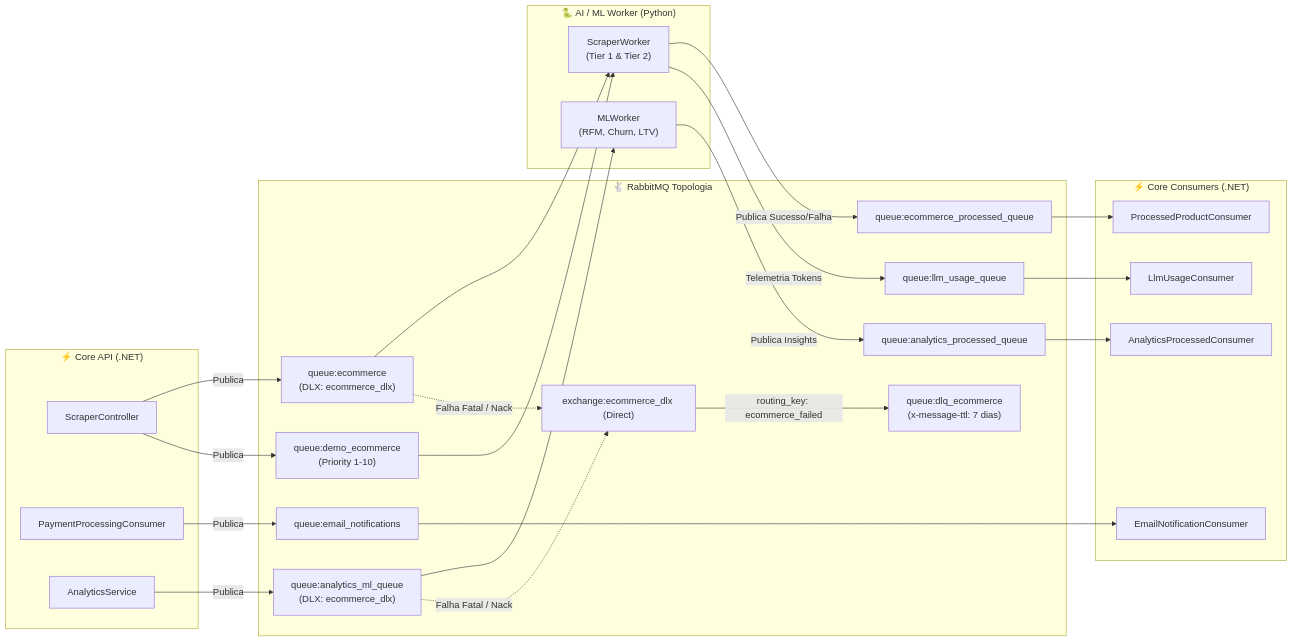
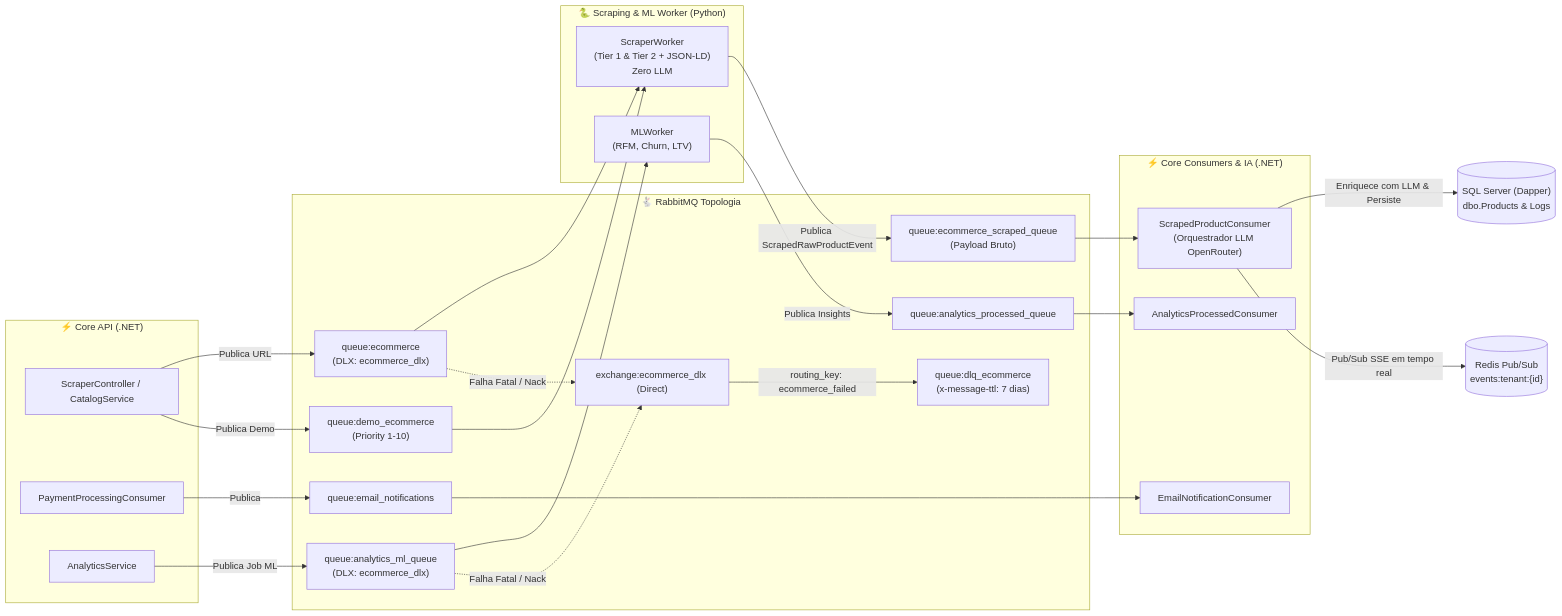
The first of 2 diagrams in docs/messaging-and-workers.md (gregrymqt/ecomerce-bot), drawn with Mermaid before and after one commit. The commit also changed other lines of this file and 45 other files, not shown here.

Commit message:
Refactor: Add Logic from python to C# about the use of api LLM

````diff
--- a/docs/messaging-and-workers.md
+++ b/docs/messaging-and-workers.md
@@ -13,56 +13,53 @@
 ```mermaid
 flowchart LR
     subgraph CoreProducers ["⚡ Core API (.NET)"]
-        ScraperCtrl["ScraperController"]
+        ScraperCtrl["ScraperController / CatalogService"]
         PaymentConsumer["PaymentProcessingConsumer"]
         AnalyticsTrigger["AnalyticsService"]
     end
 
     subgraph RabbitMQBroker ["🐇 RabbitMQ Topologia"]
         Q_ECOMMERCE["queue:ecommerce<br/>(DLX: ecommerce_dlx)"]
         Q_DEMO["queue:demo_ecommerce<br/>(Priority 1-10)"]
+        Q_SCRAPED["queue:ecommerce_scraped_queue<br/>(Payload Bruto)"]
         Q_ML["queue:analytics_ml_queue<br/>(DLX: ecommerce_dlx)"]
-        
-        Q_PROCESSED["queue:ecommerce_processed_queue"]
-        Q_LLM_USAGE["queue:llm_usage_queue"]
         Q_ML_PROCESSED["queue:analytics_processed_queue"]
         Q_EMAILS["queue:email_notifications"]
         
         DLX["exchange:ecommerce_dlx (Direct)"]
         DLQ["queue:dlq_ecommerce<br/>(x-message-ttl: 7 dias)"]
     end
 
-    subgraph PythonWorker ["🐍 AI / ML Worker (Python)"]
-        ScraperW["ScraperWorker<br/>(Tier 1 & Tier 2)"]
+    subgraph PythonWorker ["🐍 Scraping & ML Worker (Python)"]
+        ScraperW["ScraperWorker<br/>(Tier 1 & Tier 2 + JSON-LD)<br/>Zero LLM"]
         MLW["MLWorker<br/>(RFM, Churn, LTV)"]
     end
 
-    subgraph CoreConsumers ["⚡ Core Consumers (.NET)"]
-        ProdConsumer["ProcessedProductConsumer"]
-        LlmConsumer["LlmUsageConsumer"]
+    subgraph CoreConsumers ["⚡ Core Consumers & IA (.NET)"]
+        ScrapedConsumer["ScrapedProductConsumer<br/>(Orquestrador LLM OpenRouter)"]
         EmailConsumer["EmailNotificationConsumer"]
         AnalyticsConsumer["AnalyticsProcessedConsumer"]
     end
 
-    ScraperCtrl -->|Publica| Q_ECOMMERCE
-    ScraperCtrl -->|Publica| Q_DEMO
-    AnalyticsTrigger -->|Publica| Q_ML
+    ScraperCtrl -->|Publica URL| Q_ECOMMERCE
+    ScraperCtrl -->|Publica Demo| Q_DEMO
+    AnalyticsTrigger -->|Publica Job ML| Q_ML
     PaymentConsumer -->|Publica| Q_EMAILS
 
     Q_ECOMMERCE --> ScraperW
     Q_DEMO --> ScraperW
     Q_ML --> MLW
 
-    ScraperW -->|Publica Sucesso/Falha| Q_PROCESSED
-    ScraperW -->|Telemetria Tokens| Q_LLM_USAGE
+    ScraperW -->|Publica ScrapedRawProductEvent| Q_SCRAPED
     MLW -->|Publica Insights| Q_ML_PROCESSED
 
-    Q_PROCESSED --> ProdConsumer
-    Q_LLM_USAGE --> LlmConsumer
+    Q_SCRAPED --> ScrapedConsumer
+    ScrapedConsumer -->|Enriquece com LLM & Persiste| SQL[("SQL Server (Dapper)<br/>dbo.Products & Logs")]
+    ScrapedConsumer -->|Pub/Sub SSE em tempo real| Redis[("Redis Pub/Sub<br/>events:tenant:{id}")]
     Q_ML_PROCESSED --> AnalyticsConsumer
     Q_EMAILS --> EmailConsumer
 
     Q_ECOMMERCE -.->|Falha Fatal / Nack| DLX
     Q_ML -.->|Falha Fatal / Nack| DLX
     DLX -->|routing_key: ecommerce_failed| DLQ
 ```
````
